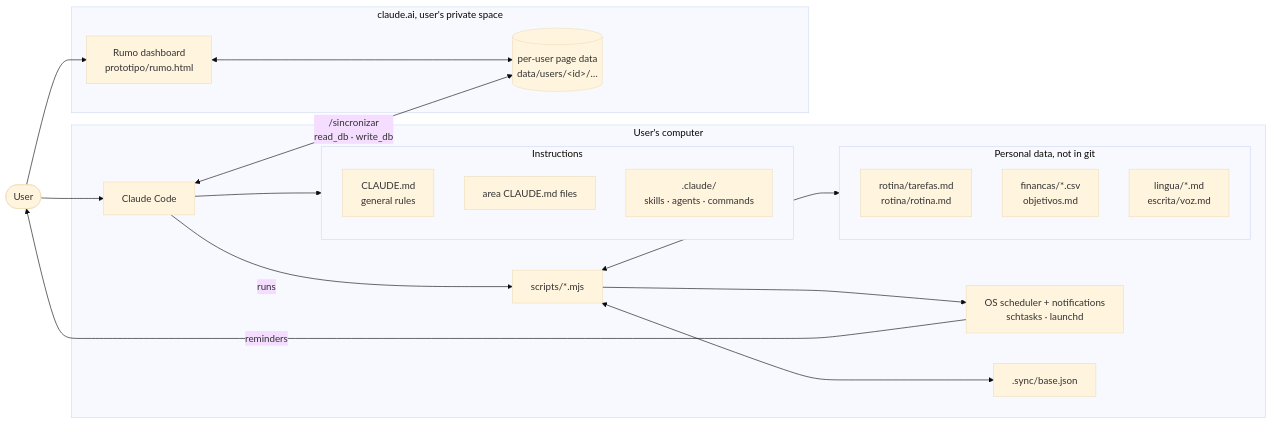
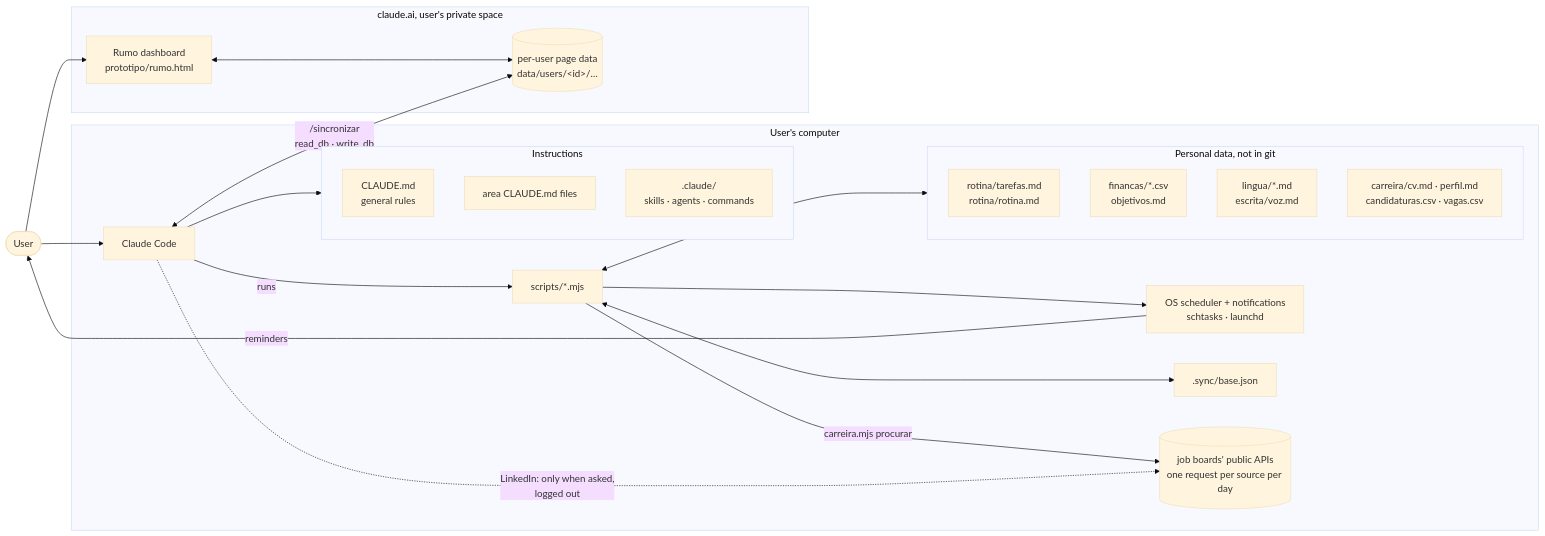
One commit to pinthoz/Rumo changed the first of 2 diagrams in docs/architecture.md. Above: the diagram before and after it, drawn with Mermaid (base theme). The commit also changed other lines of this file and 68 other files, not shown here.

````diff
--- a/docs/architecture.md
+++ b/docs/architecture.md
@@ -13,37 +13,41 @@
 ```mermaid
 flowchart LR
   U([User])
 
   subgraph PC[User's computer]
     CC[Claude Code]
     subgraph INS[Instructions]
       RC[CLAUDE.md<br/>general rules]
       AC[area CLAUDE.md files]
       SK[.claude/<br/>skills · agents · commands]
     end
     subgraph DATA[Personal data, not in git]
       D1[rotina/tarefas.md<br/>rotina/rotina.md]
       D2[financas/*.csv<br/>objetivos.md]
       D3[lingua/*.md<br/>escrita/voz.md]
+      D4[carreira/cv.md · perfil.md<br/>candidaturas.csv · vagas.csv]
     end
     SC[scripts/*.mjs]
     OS[OS scheduler + notifications<br/>schtasks · launchd]
     SY[.sync/base.json]
+    JB[(job boards' public APIs<br/>one request per source per day)]
   end
 
   subgraph WEB[claude.ai, user's private space]
     P[Rumo dashboard<br/>prototipo/rumo.html]
     DB[(per-user page data<br/>data/users/&lt;id&gt;/…)]
   end
 
   U --> CC
   U --> P
   CC --> INS
   CC -->|runs| SC
   SC <--> DATA
   SC --> OS
   OS -->|reminders| U
   CC <-->|/sincronizar<br/>read_db · write_db| DB
   SC <--> SY
+  SC -->|carreira.mjs procurar| JB
+  CC -.->|LinkedIn: only when asked,<br/>logged out| JB
   P <--> DB
 ```
````
